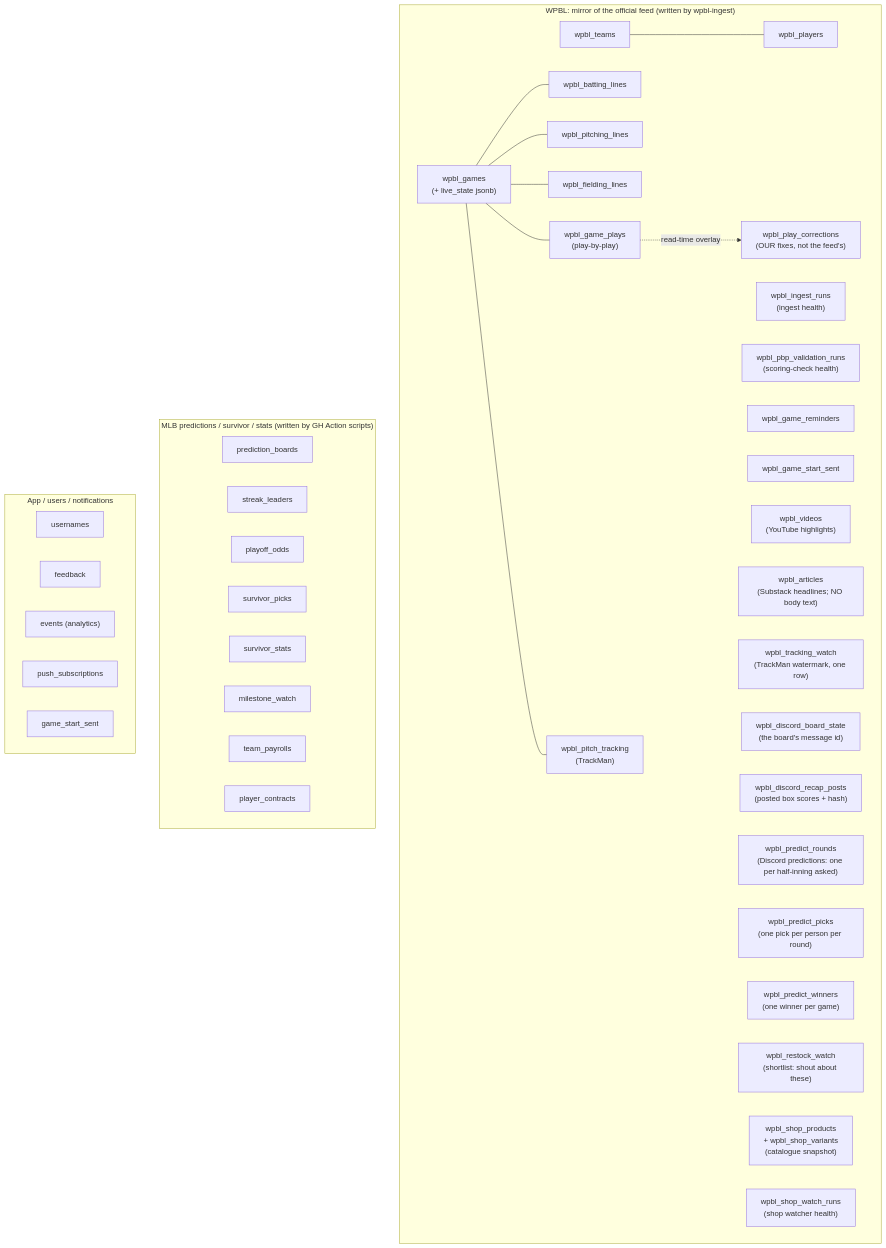
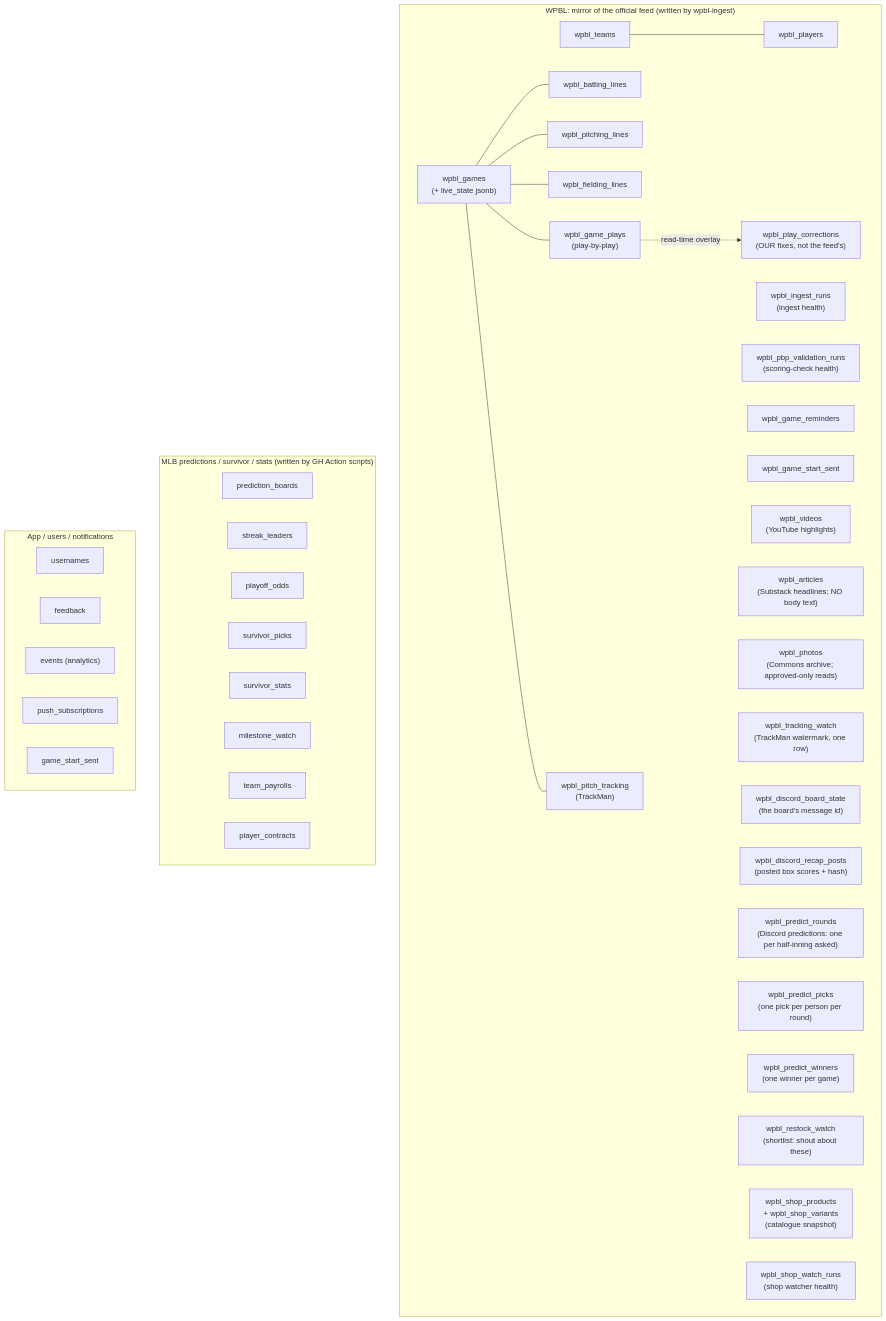
Before and after one commit to sportydolphin/fun: the third of 5 diagrams in ARCHITECTURE.md, drawn with Mermaid. The commit also changed other lines of this file and 21 other files, not shown here.

````diff
--- a/ARCHITECTURE.md
+++ b/ARCHITECTURE.md
@@ -168,52 +168,53 @@
 ```mermaid
 flowchart TB
     subgraph WPBL["WPBL: mirror of the official feed (written by wpbl-ingest)"]
         t_teams["wpbl_teams"]
         t_players["wpbl_players"]
         t_games["wpbl_games<br/>(+ live_state jsonb)"]
         t_bat["wpbl_batting_lines"]
         t_pit["wpbl_pitching_lines"]
         t_field["wpbl_fielding_lines"]
         t_plays["wpbl_game_plays<br/>(play-by-play)"]
         t_track["wpbl_pitch_tracking<br/>(TrackMan)"]
         t_runs["wpbl_ingest_runs<br/>(ingest health)"]
         t_pbpval["wpbl_pbp_validation_runs<br/>(scoring-check health)"]
         t_rem["wpbl_game_reminders"]
         t_wsent["wpbl_game_start_sent"]
         t_vid["wpbl_videos<br/>(YouTube highlights)"]
         t_art["wpbl_articles<br/>(Substack headlines; NO body text)"]
+        t_photo["wpbl_photos<br/>(Commons archive; approved-only reads)"]
         t_trackwatch["wpbl_tracking_watch<br/>(TrackMan watermark, one row)"]
         t_board["wpbl_discord_board_state<br/>(the board's message id)"]
         t_recap["wpbl_discord_recap_posts<br/>(posted box scores + hash)"]
         t_pround["wpbl_predict_rounds<br/>(Discord predictions: one per half-inning asked)"]
         t_ppick["wpbl_predict_picks<br/>(one pick per person per round)"]
         t_pwin["wpbl_predict_winners<br/>(one winner per game)"]
         t_corr["wpbl_play_corrections<br/>(OUR fixes, not the feed's)"]
         t_restock["wpbl_restock_watch<br/>(shortlist: shout about these)"]
         t_shopp["wpbl_shop_products<br/>+ wpbl_shop_variants<br/>(catalogue snapshot)"]
         t_shopr["wpbl_shop_watch_runs<br/>(shop watcher health)"]
     end
 
     subgraph MLB["MLB predictions / survivor / stats (written by GH Action scripts)"]
         m_boards["prediction_boards"]
         m_streaks["streak_leaders"]
         m_odds["playoff_odds"]
         m_surv["survivor_picks"]
         m_survs["survivor_stats"]
         m_mile["milestone_watch"]
         m_pay["team_payrolls"]
         m_contract["player_contracts"]
     end
 
     subgraph APP["App / users / notifications"]
         a_users["usernames"]
         a_feed["feedback"]
         a_events["events (analytics)"]
         a_push["push_subscriptions"]
         a_sent["game_start_sent"]
     end
 
     t_teams --- t_players
     t_games --- t_bat & t_pit & t_field & t_plays & t_track
     t_plays -.->|read-time overlay| t_corr
 ```
````
